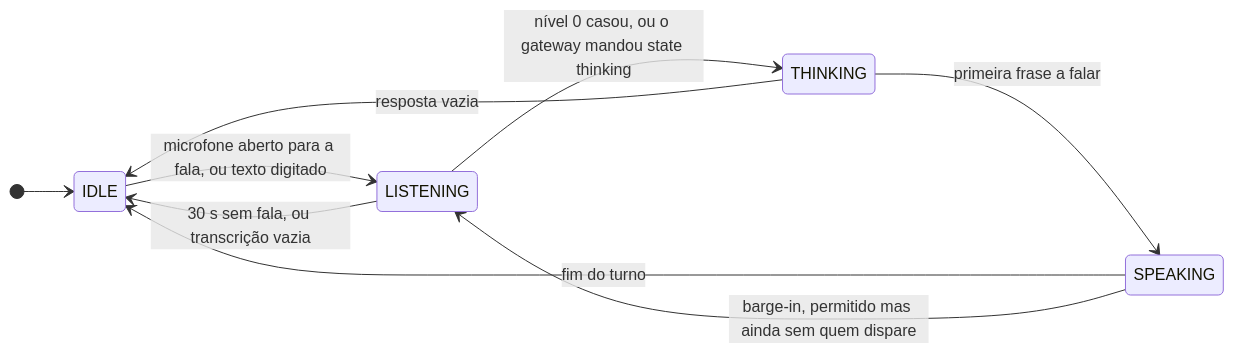
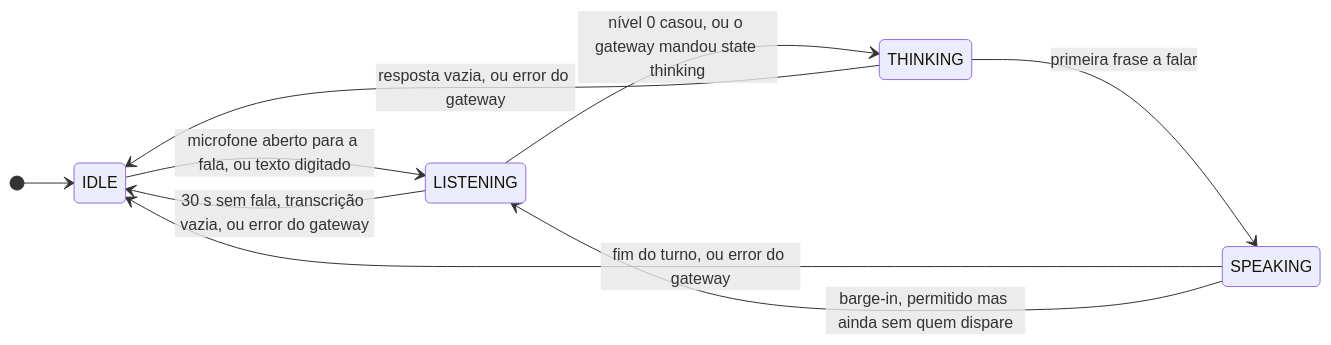
Before and after one commit to Ideraldo/Self-hosted-voice-assistant: the fifth of 10 diagrams in docs/arquitetura.md, drawn with Mermaid. The commit also changed 6 other files, not shown here.

````diff
--- a/docs/arquitetura.md
+++ b/docs/arquitetura.md
@@ -339,12 +339,12 @@
 ```mermaid
 stateDiagram-v2
     direction LR
     [*] --> IDLE
     IDLE --> LISTENING: microfone aberto para a fala, ou texto digitado
-    LISTENING --> IDLE: 30 s sem fala, ou transcrição vazia
+    LISTENING --> IDLE: 30 s sem fala, transcrição vazia, ou error do gateway
     LISTENING --> THINKING: nível 0 casou, ou o gateway mandou state thinking
     THINKING --> SPEAKING: primeira frase a falar
-    THINKING --> IDLE: resposta vazia
-    SPEAKING --> IDLE: fim do turno
+    THINKING --> IDLE: resposta vazia, ou error do gateway
+    SPEAKING --> IDLE: fim do turno, ou error do gateway
     SPEAKING --> LISTENING: barge-in, permitido mas ainda sem quem dispare
 ```
````
